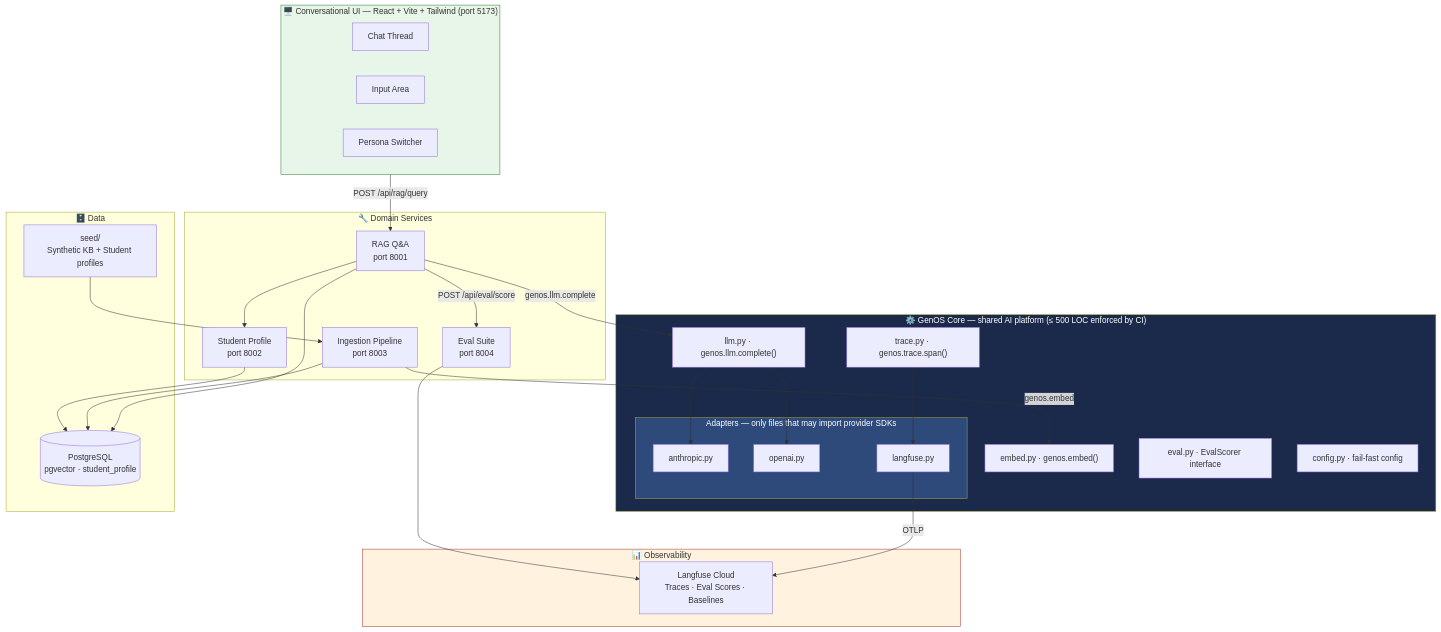
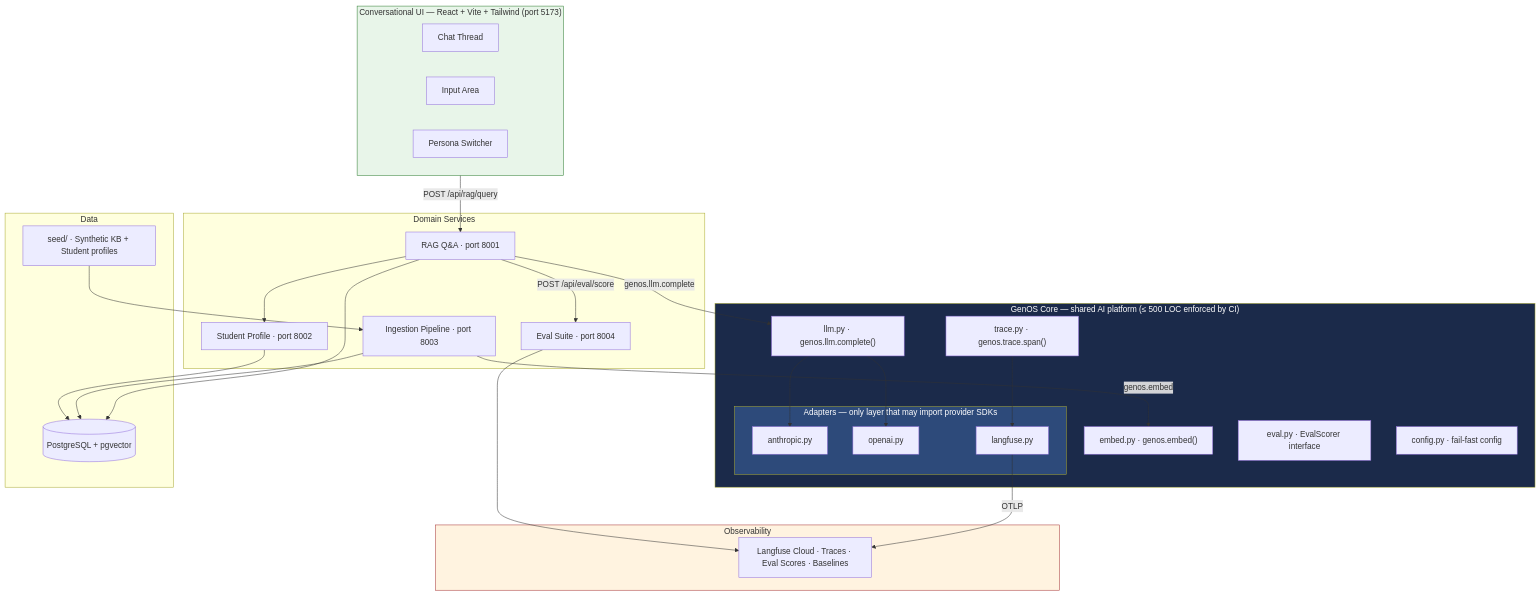
Before and after one commit to rguthaa/ai-playground: the first of 2 diagrams in README.md, drawn with Mermaid. The commit also changed other lines of this file, not shown here.

````diff
--- a/README.md
+++ b/README.md
@@ -145,54 +55,54 @@
 ```mermaid
 graph TB
-    subgraph UI["🖥️  Conversational UI — React + Vite + Tailwind (port 5173)"]
+    subgraph UI["Conversational UI — React + Vite + Tailwind (port 5173)"]
         Chat["Chat Thread"]
         Input["Input Area"]
         Persona["Persona Switcher"]
     end
 
-    subgraph GenOS["⚙️  GenOS Core — shared AI platform (≤ 500 LOC enforced by CI)"]
+    subgraph GenOS["GenOS Core — shared AI platform (≤ 500 LOC enforced by CI)"]
         LLM["llm.py · genos.llm.complete()"]
         Embed["embed.py · genos.embed()"]
         Trace["trace.py · genos.trace.span()"]
         Eval["eval.py · EvalScorer interface"]
         Config["config.py · fail-fast config"]
-        subgraph Adapters["Adapters — only files that may import provider SDKs"]
+        subgraph Adapters["Adapters — only layer that may import provider SDKs"]
             A1["anthropic.py"]
             A2["openai.py"]
             A3["langfuse.py"]
         end
     end
 
-    subgraph Services["🔧  Domain Services"]
-        RAG["RAG Q&A\nport 8001"]
-        Profile["Student Profile\nport 8002"]
-        Ingest["Ingestion Pipeline\nport 8003"]
-        EvalSvc["Eval Suite\nport 8004"]
+    subgraph Services["Domain Services"]
+        RAG["RAG Q&A · port 8001"]
+        Profile["Student Profile · port 8002"]
+        Ingest["Ingestion Pipeline · port 8003"]
+        EvalSvc["Eval Suite · port 8004"]
     end
 
-    subgraph Data["🗄️  Data"]
-        PG[("PostgreSQL\npgvector · student_profile")]
-        Seed["seed/\nSynthetic KB + Student profiles"]
+    subgraph Data["Data"]
+        PG[("PostgreSQL + pgvector")]
+        Seed["seed/ · Synthetic KB + Student profiles"]
     end
 
-    subgraph Obs["📊  Observability"]
-        Langfuse["Langfuse Cloud\nTraces · Eval Scores · Baselines"]
+    subgraph Obs["Observability"]
+        Langfuse["Langfuse Cloud · Traces · Eval Scores · Baselines"]
     end
 
     UI -->|POST /api/rag/query| RAG
     RAG --> Profile & PG
     RAG -->|genos.llm.complete| LLM
     RAG -->|POST /api/eval/score| EvalSvc
     Ingest -->|genos.embed| Embed
     Ingest --> PG
     Seed --> Ingest
     Profile --> PG
     LLM --> A1 & A2
     Trace --> A3 -->|OTLP| Langfuse
     EvalSvc --> Langfuse
 
     style GenOS fill:#1B2A4A,color:#fff
     style Adapters fill:#2d4a7a,color:#fff
     style Obs fill:#fff3e0,stroke:#A63232
     style UI fill:#e8f5e9,stroke:#2e7d32
 ```
````
